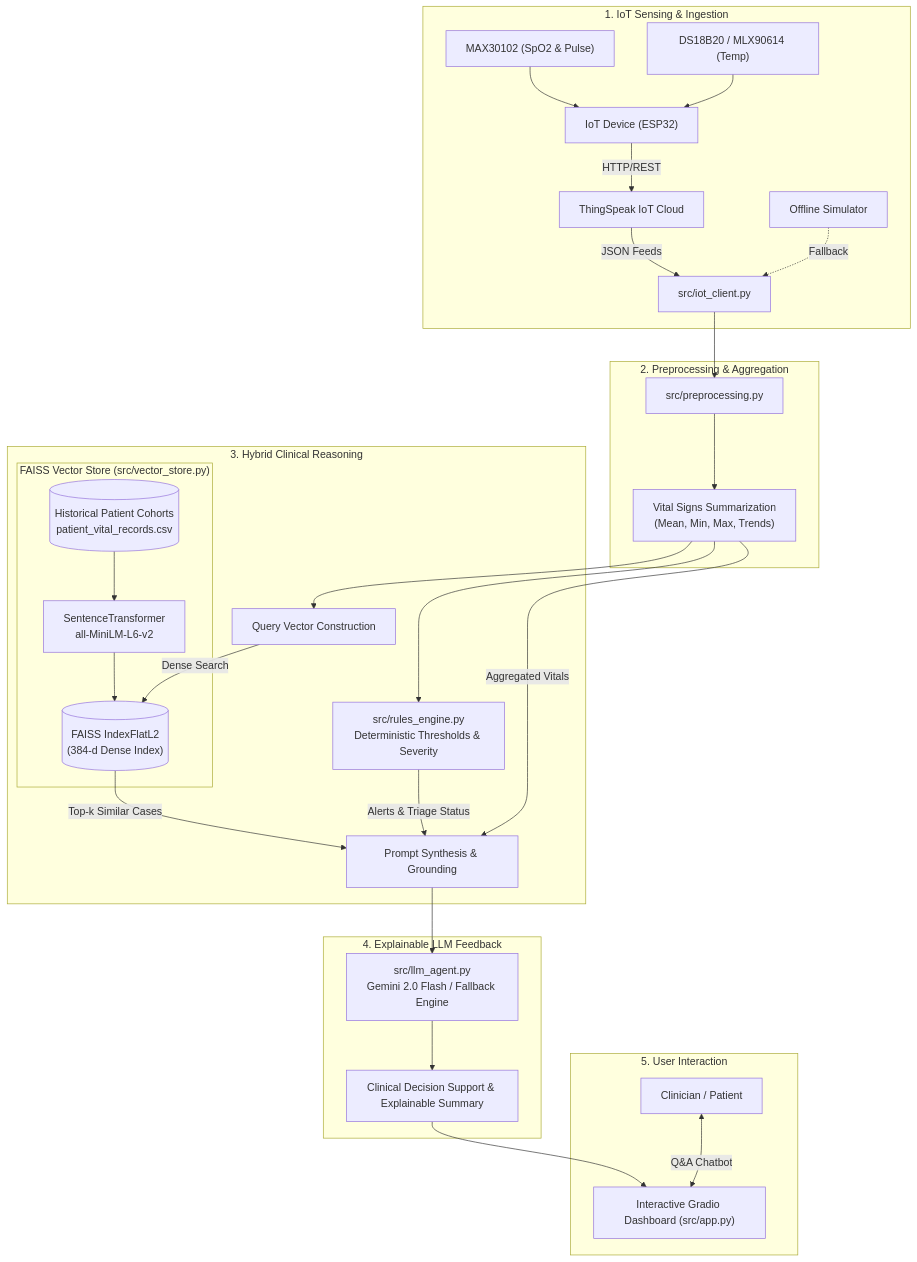
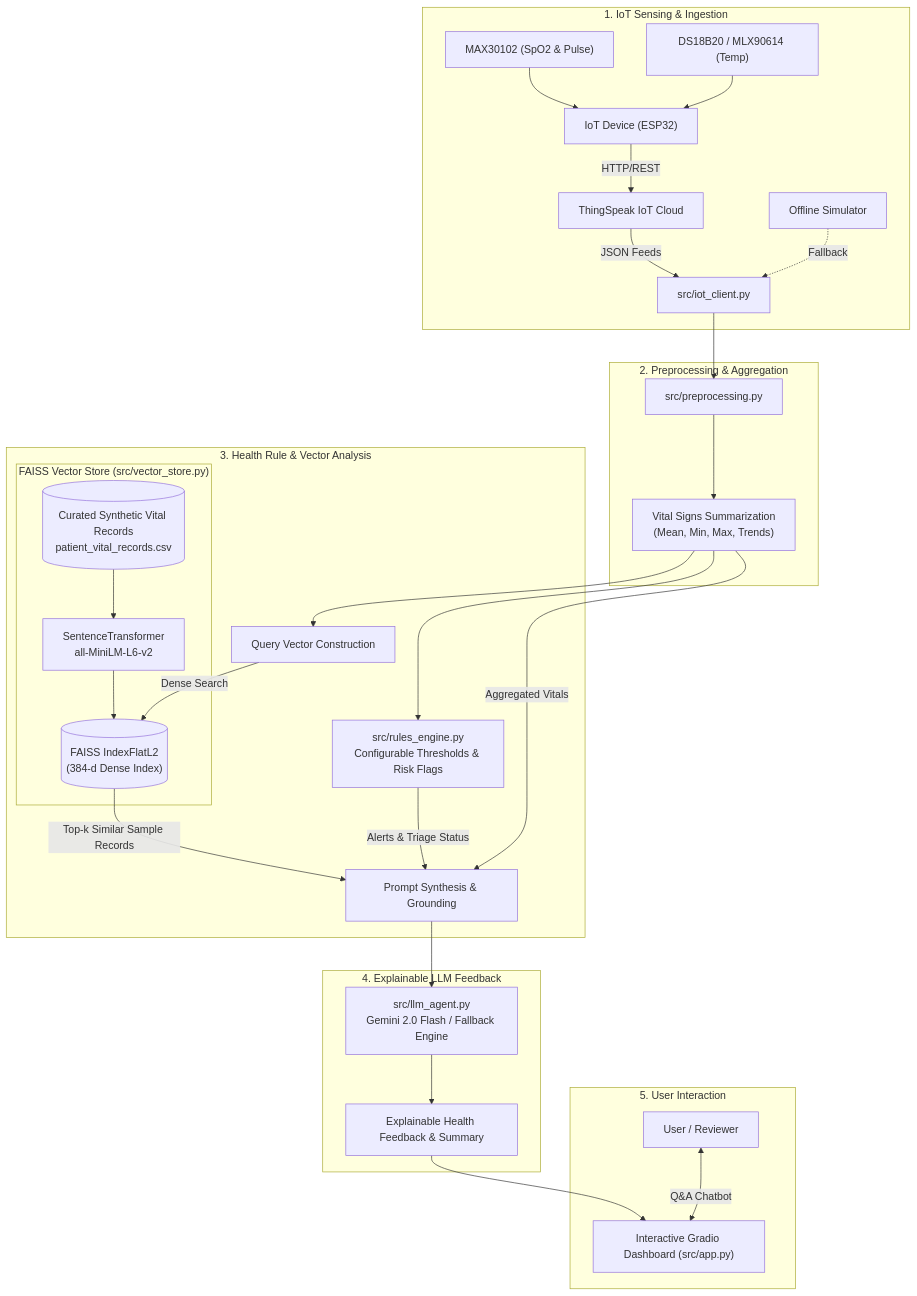
Before and after one commit to Tag0305/rag-iot-health-monitoring: the diagram in README.md, drawn with Mermaid. The commit also changed other lines of this file, not shown here.

````diff
--- a/README.md
+++ b/README.md
@@ -32,45 +32,45 @@
 ```mermaid
 flowchart TD
     subgraph IoT_Edge["1. IoT Sensing & Ingestion"]
         ESP32["IoT Device (ESP32)"]
         MAX30102["MAX30102 (SpO2 & Pulse)"]
         TEMP_SENS["DS18B20 / MLX90614 (Temp)"]
         MAX30102 --> ESP32
         TEMP_SENS --> ESP32
         ESP32 -->|HTTP/REST| TS["ThingSpeak IoT Cloud"]
         TS -->|JSON Feeds| Client["src/iot_client.py"]
         Sim["Offline Simulator"] -.->|Fallback| Client
     end
 
     subgraph Preprocessing["2. Preprocessing & Aggregation"]
         Client --> Clean["src/preprocessing.py"]
         Clean --> Stats["Vital Signs Summarization<br/>(Mean, Min, Max, Trends)"]
     end
 
-    subgraph Reasoning["3. Hybrid Clinical Reasoning"]
-        Stats --> Rules["src/rules_engine.py<br/>Deterministic Thresholds & Severity"]
+    subgraph Reasoning["3. Health Rule & Vector Analysis"]
+        Stats --> Rules["src/rules_engine.py<br/>Configurable Thresholds & Risk Flags"]
         Stats --> QueryGen["Query Vector Construction"]
         
         subgraph RAG_Engine["FAISS Vector Store (src/vector_store.py)"]
-            CohortDB[("Historical Patient Cohorts<br/>patient_vital_records.csv")]
+            CohortDB[("Curated Synthetic Vital Records<br/>patient_vital_records.csv")]
             Encoder["SentenceTransformer<br/>all-MiniLM-L6-v2"]
             FAISSIndex[("FAISS IndexFlatL2<br/>(384-d Dense Index)")]
             CohortDB --> Encoder --> FAISSIndex
         end
 
         QueryGen -->|Dense Search| FAISSIndex
-        FAISSIndex -->|Top-k Similar Cases| PromptSynthesis["Prompt Synthesis & Grounding"]
+        FAISSIndex -->|Top-k Similar Sample Records| PromptSynthesis["Prompt Synthesis & Grounding"]
         Rules -->|Alerts & Triage Status| PromptSynthesis
         Stats -->|Aggregated Vitals| PromptSynthesis
     end
 
     subgraph LLM_Synthesis["4. Explainable LLM Feedback"]
         PromptSynthesis --> Gemini["src/llm_agent.py<br/>Gemini 2.0 Flash / Fallback Engine"]
-        Gemini --> Insights["Clinical Decision Support & Explainable Summary"]
+        Gemini --> Insights["Explainable Health Feedback & Summary"]
     end
 
     subgraph Interface["5. User Interaction"]
         Insights --> Gradio["Interactive Gradio Dashboard (src/app.py)"]
-        User["Clinician / Patient"] <-->|Q&A Chatbot| Gradio
+        User["User / Reviewer"] <-->|Q&A Chatbot| Gradio
     end
 ```
````
